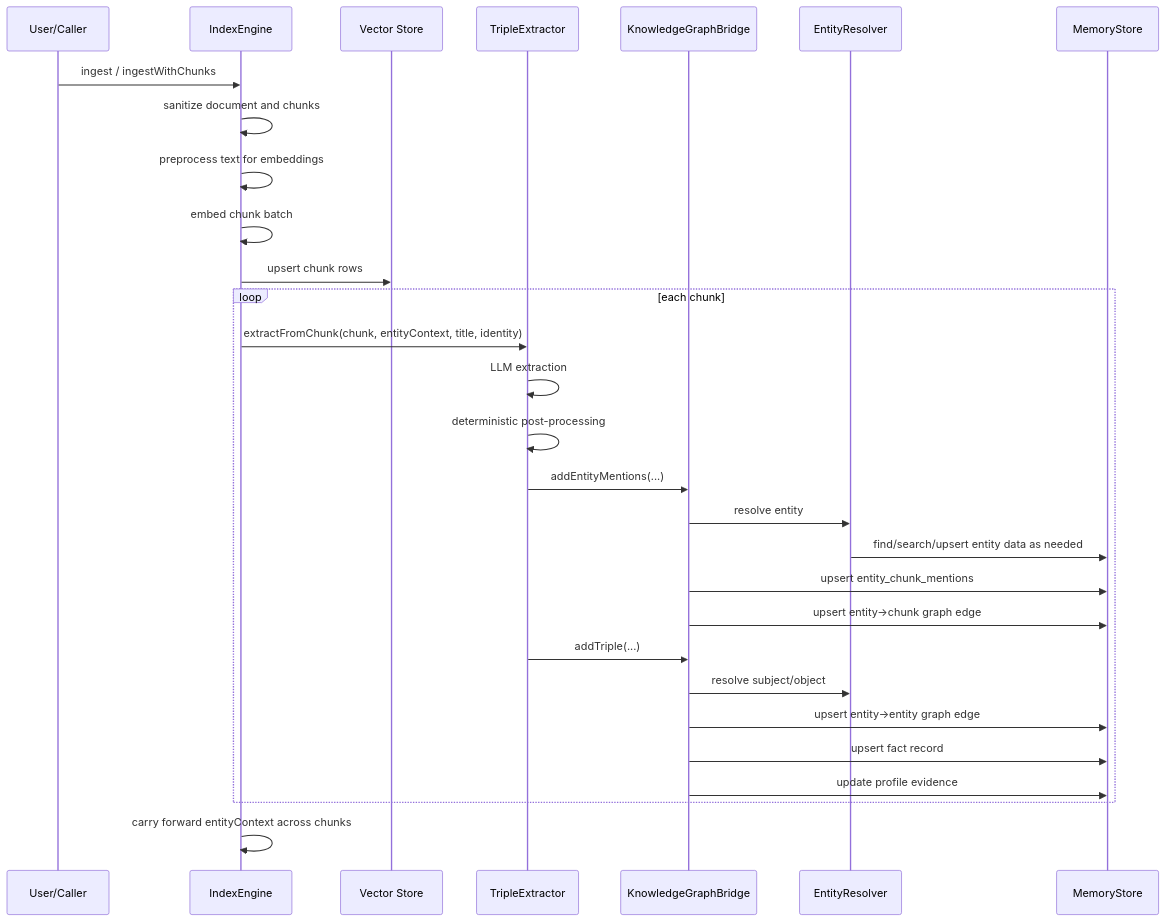
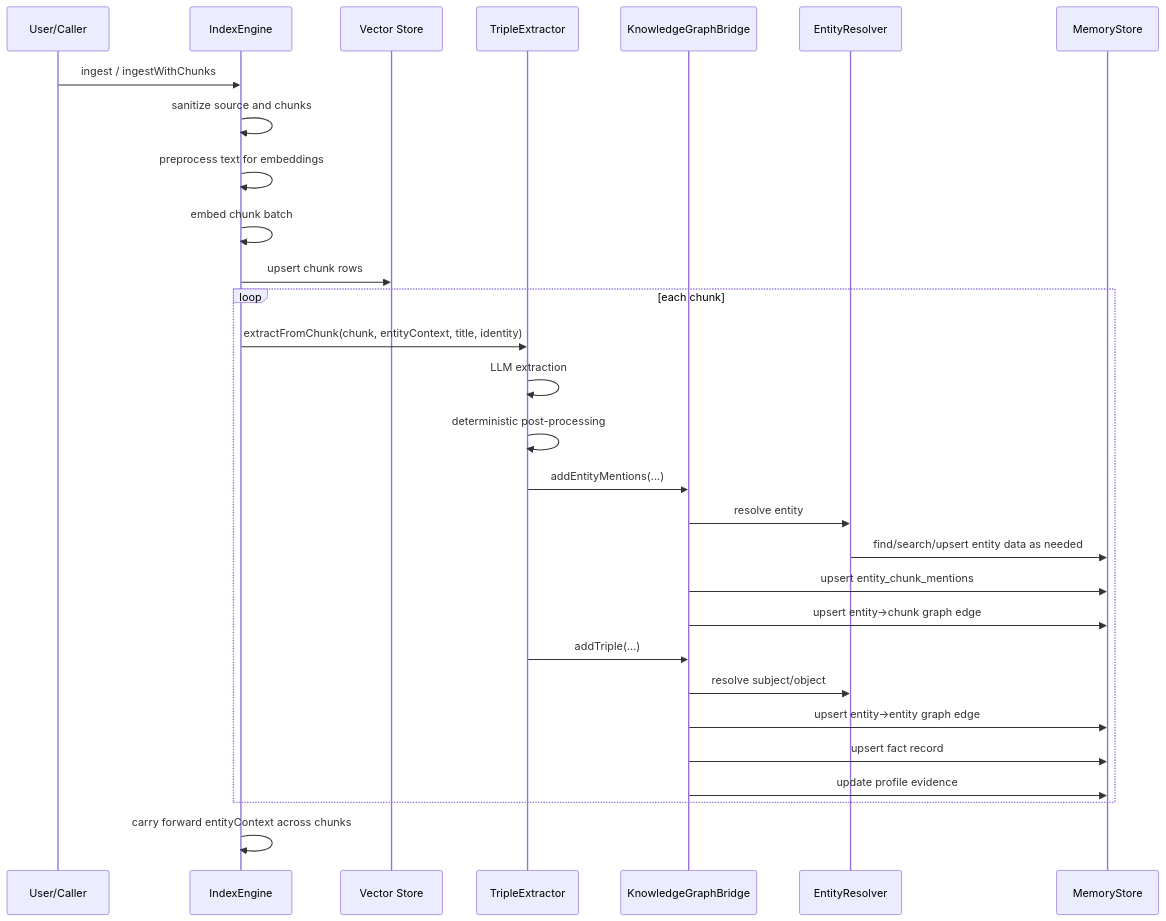
One commit to typegraph-ai/Typegraph changed the first of 2 diagrams in internal_documentation/GRAPH_EXTRACTION.md. Above: the diagram before and after it, drawn with Mermaid. The commit also changed other lines of this file and 65 other files, not shown here.

````diff
--- a/internal_documentation/GRAPH_EXTRACTION.md
+++ b/internal_documentation/GRAPH_EXTRACTION.md
@@ -173,32 +173,32 @@
 ```mermaid
 sequenceDiagram
     participant U as User/Caller
     participant E as IndexEngine
     participant V as Vector Store
     participant T as TripleExtractor
     participant G as KnowledgeGraphBridge
     participant R as EntityResolver
     participant S as MemoryStore
 
     U->>E: ingest / ingestWithChunks
-    E->>E: sanitize document and chunks
+    E->>E: sanitize source and chunks
     E->>E: preprocess text for embeddings
     E->>E: embed chunk batch
     E->>V: upsert chunk rows
     loop each chunk
         E->>T: extractFromChunk(chunk, entityContext, title, identity)
         T->>T: LLM extraction
         T->>T: deterministic post-processing
         T->>G: addEntityMentions(...)
         G->>R: resolve entity
         R->>S: find/search/upsert entity data as needed
         G->>S: upsert entity_chunk_mentions
         G->>S: upsert entity->chunk graph edge
         T->>G: addTriple(...)
         G->>R: resolve subject/object
         G->>S: upsert entity->entity graph edge
         G->>S: upsert fact record
         G->>S: update profile evidence
     end
     E->>E: carry forward entityContext across chunks
 ```
````
